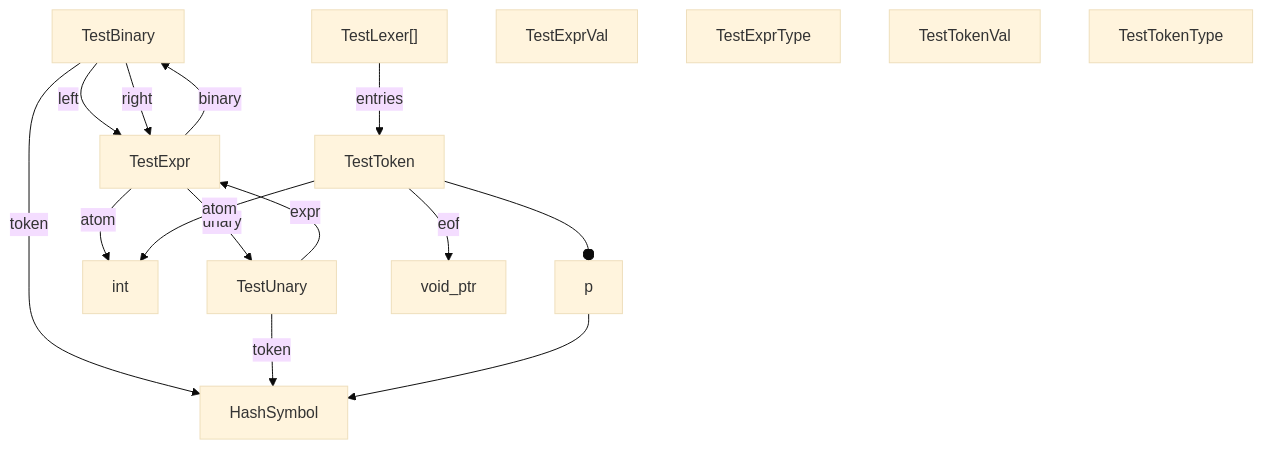
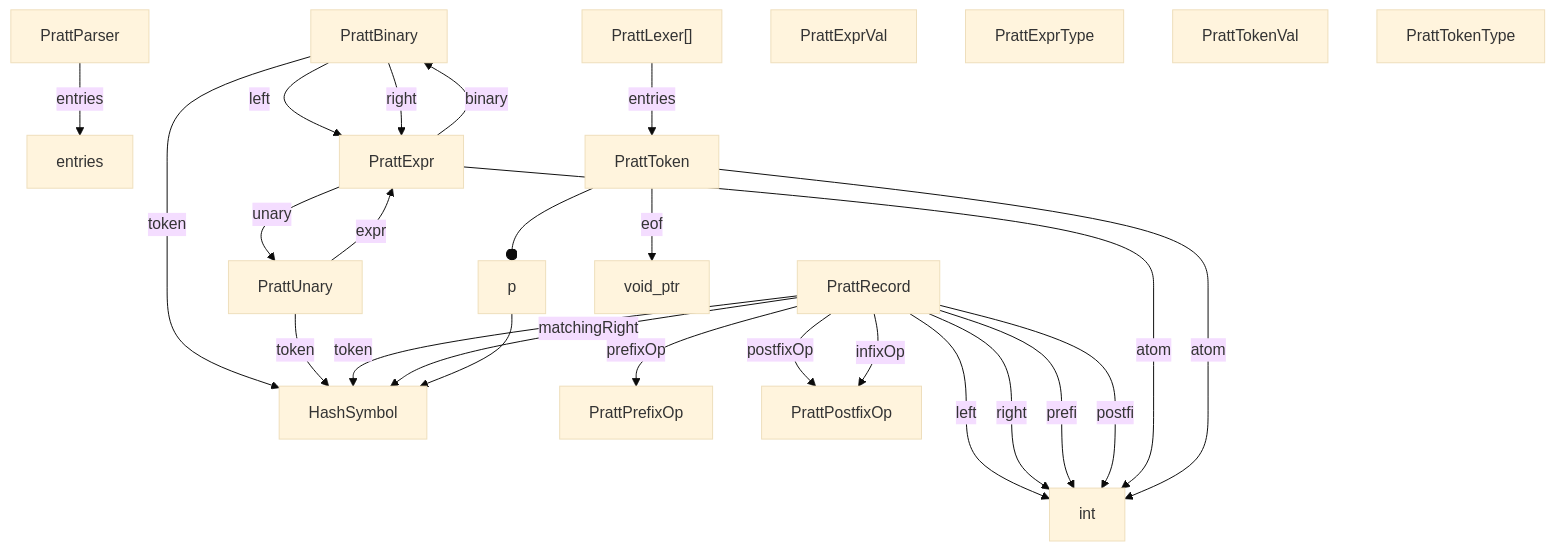
One commit to billhails/CEKF changed the diagram in docs/pratt.md. Above: the diagram before and after it, drawn with Mermaid (base theme). The commit also changed 6 other files, not shown here.

````diff
--- a/docs/pratt.md
+++ b/docs/pratt.md
@@ -5,19 +5,29 @@
 ```mermaid
 flowchart TD
-TestBinary --token--> HashSymbol
-TestBinary --left--> TestExpr
-TestBinary --right--> TestExpr
-TestUnary --token--> HashSymbol
-TestUnary --expr--> TestExpr
-TestExpr --unary--> TestUnary
-TestExpr --binary--> TestBinary
-TestExpr --atom--> int
-TestToken --op--> HashSymbol
-TestToken --atom--> int
-TestToken --eof--> void_ptr
-TestLexer["TestLexer[]"] --entries--> TestToken
-TestExprVal
-TestExprType
-TestTokenVal
-TestTokenType
+PrattParser --entries--> entries
+PrattBinary --token--> HashSymbol
+PrattBinary --left--> PrattExpr
+PrattBinary --right--> PrattExpr
+PrattUnary --token--> HashSymbol
+PrattUnary --expr--> PrattExpr
+PrattRecord --token--> HashSymbol
+PrattRecord --left--> int
+PrattRecord --right--> int
+PrattRecord --prefix--> int
+PrattRecord --postfix--> int
+PrattRecord --matchingRight--> HashSymbol
+PrattRecord --prefixOp--> PrattPrefixOp
+PrattRecord --postfixOp--> PrattPostfixOp
+PrattRecord --infixOp--> PrattPostfixOp
+PrattExpr --unary--> PrattUnary
+PrattExpr --binary--> PrattBinary
+PrattExpr --atom--> int
+PrattToken --op--> HashSymbol
+PrattToken --atom--> int
+PrattToken --eof--> void_ptr
+PrattLexer["PrattLexer[]"] --entries--> PrattToken
+PrattExprVal
+PrattExprType
+PrattTokenVal
+PrattTokenType
 ```
````
